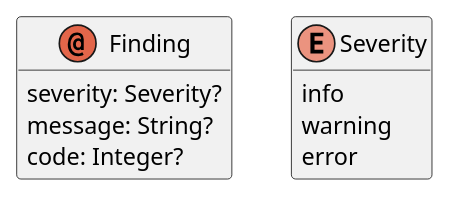
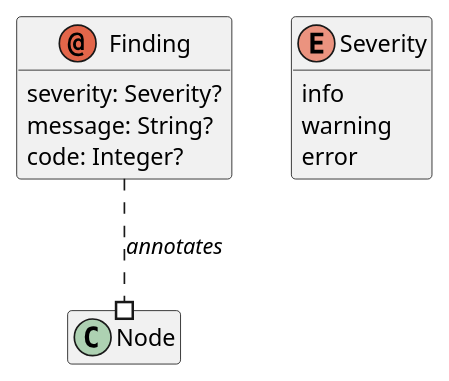
One commit to LionWeb-io/space-demo changed the diagram in ts/packages/build/artifacts/Finding.puml. Above: the diagram before and after it, drawn with PlantUML. The commit also changed 13 other files, not shown here.

```diff
--- a/ts/packages/build/artifacts/Finding.puml
+++ b/ts/packages/build/artifacts/Finding.puml
@@ -1,26 +1,27 @@
 @startuml
 hide empty members
 
 ' qualified name: "Finding"
 
 
 annotation Finding {
   severity: Severity?
   message: String?
   code: Integer?
 }
+Finding ..# Node : <i>annotates</i>
 
 enum Severity {
   info
   warning
   error
 }
 
 
 
 ' relations:
 
 
 
 
 @enduml
```
